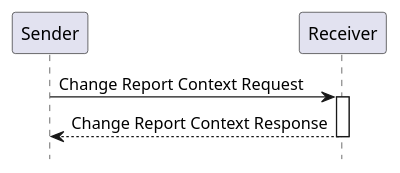
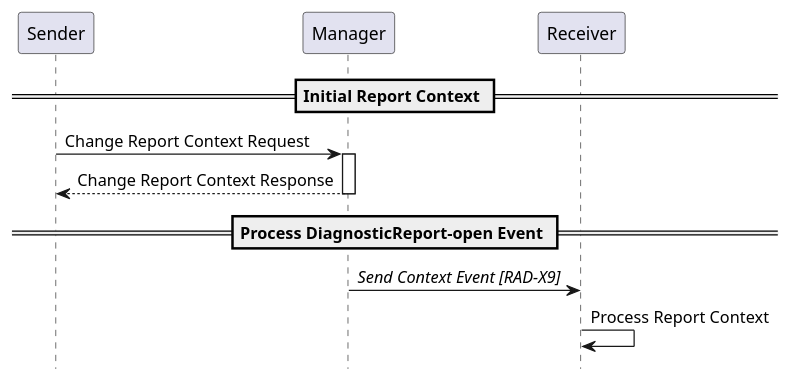
One commit to IHE/RAD.IRA changed the diagram in input/images-source/rad-x3-seq.plantuml. Above: the diagram before and after it, drawn with PlantUML. The commit also changed 1 other file, not shown here.

Commit message:
Change the structure to include Sender/Manager and Manager/Receiver requirements.

```diff
--- a/input/images-source/rad-x3-seq.plantuml
+++ b/input/images-source/rad-x3-seq.plantuml
@@ -1,13 +1,20 @@
 @startuml
 
 hide footbox
 
 participant "Sender" as Sender
+participant "Manager" as Manager
 participant "Receiver" as Receiver
 
-Sender->Receiver: Change Report Context Request
-activate Receiver
-Receiver-->Sender: Change Report Context Response
-deactivate Receiver
+== Initial Report Context ==
+
+Sender->Manager: Change Report Context Request
+activate Manager
+Manager-->Sender: Change Report Context Response
+deactivate Manager
+
+== Process DiagnosticReport-open Event ==
+Manager->Receiver: //Send Context Event [RAD-X9]//
+Receiver->Receiver: Process Report Context
 
 @enduml
```
